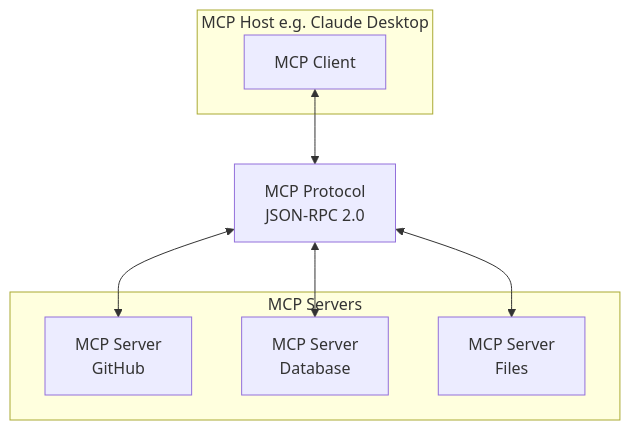
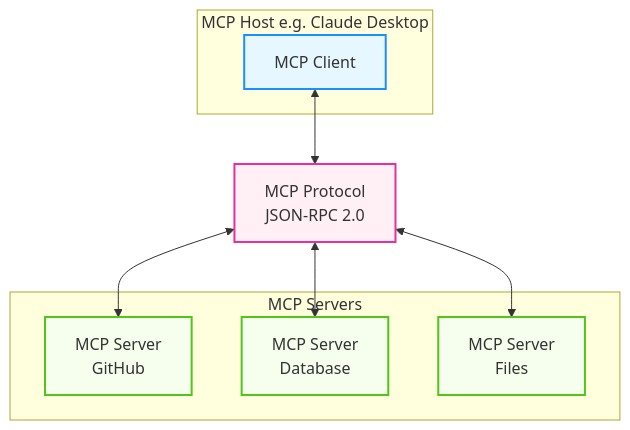
The third of 5 diagrams in 04_tools/4.3_mcp.md (yeasy/agentic_ai_guide), drawn with Mermaid before and after one commit. The commit also changed other lines of this file and 36 other files, not shown here.

````diff
--- a/04_tools/4.3_mcp.md
+++ b/04_tools/4.3_mcp.md
@@ -112,19 +128,28 @@
 ```mermaid
 graph TD
+    %% Agentic Design System
+    classDef agent fill:#e6f7ff,stroke:#1890ff,stroke-width:2px;
+    classDef tool fill:#f6ffed,stroke:#52c41a,stroke-width:2px;
+    classDef memory fill:#fff0f6,stroke:#eb2f96,stroke-width:2px;
+
     subgraph Host [MCP Host e.g. Claude Desktop]
         Client[MCP Client]
     end
     
     Protocol[MCP Protocol<br>JSON-RPC 2.0]
     
     subgraph Servers [MCP Servers]
         S1[MCP Server<br>GitHub]
         S2[MCP Server<br>Database]
         S3[MCP Server<br>Files]
     end
     
     Client <--> Protocol
     Protocol <--> S1
     Protocol <--> S2
     Protocol <--> S3
+    
+    class Client agent;
+    class Protocol memory;
+    class S1,S2,S3 tool;
 ```
````
